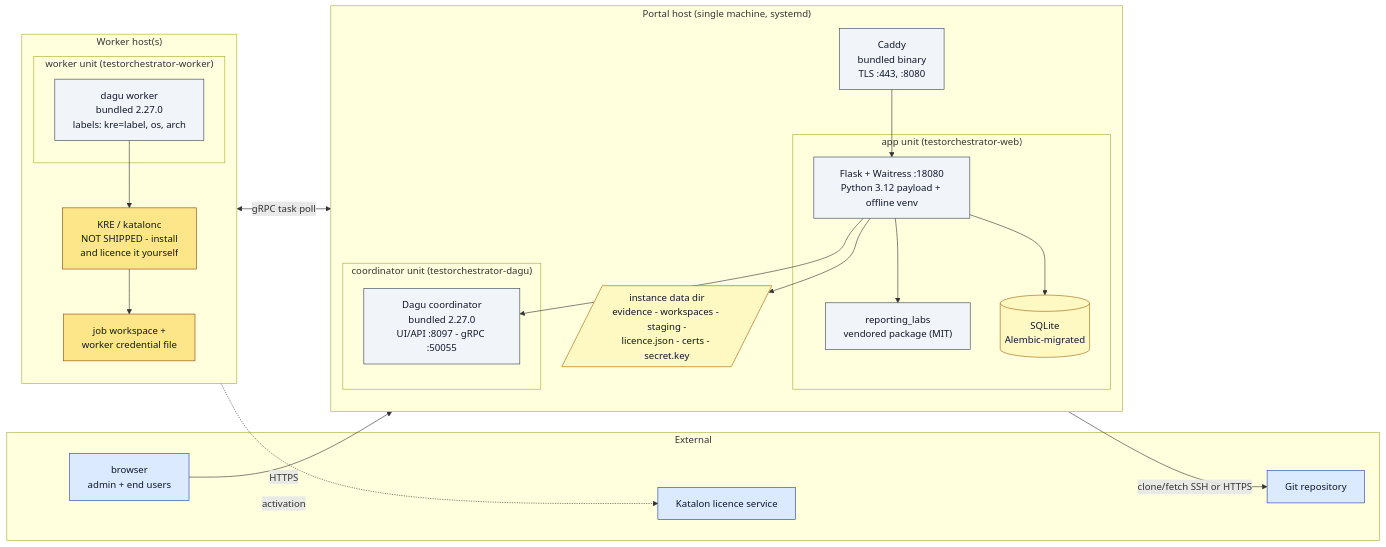
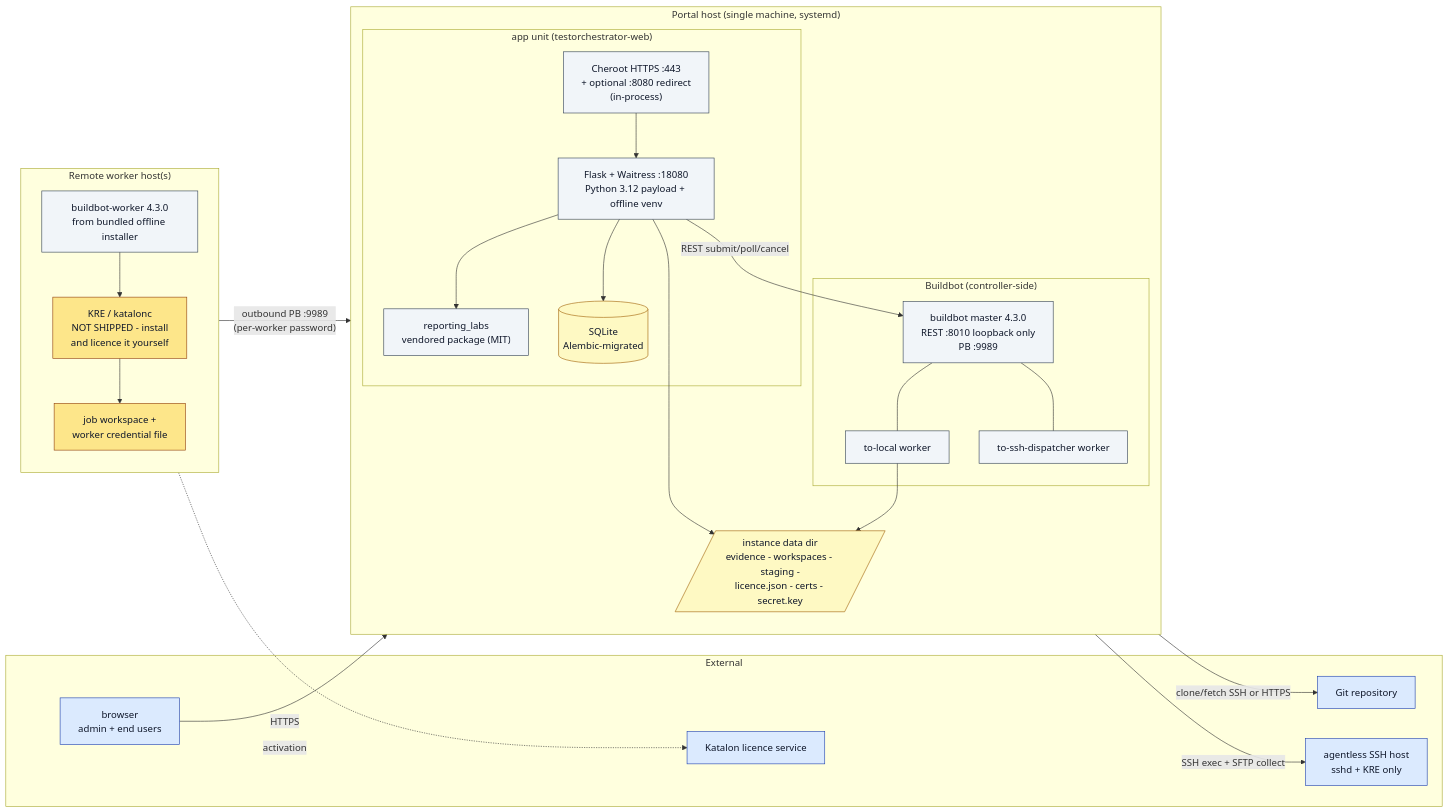
One commit to IT-Space-2026/TestOrchestrator changed the first of 2 diagrams in Manuals-Doc/Admin-Manual.md. Above: the diagram before and after it, drawn with Mermaid. The commit also changed other lines of this file and 2 other files, not shown here.

````diff
--- a/Manuals-Doc/Admin-Manual.md
+++ b/Manuals-Doc/Admin-Manual.md
@@ -100,52 +100,57 @@
 ```mermaid
 flowchart LR
     subgraph EXT["External"]
         BR["browser<br/>admin + end users"]
         GIT["Git repository"]
         KLS["Katalon licence service"]
+        SSHH["agentless SSH host<br/>sshd + KRE only"]
     end
 
     subgraph HOST["Portal host (single machine, systemd)"]
         direction TB
-        CDY["Caddy<br/>bundled binary<br/>TLS :443, :8080"]
         subgraph APPUNIT["app unit (testorchestrator-web)"]
+            CHR["Cheroot HTTPS :443<br/>+ optional :8080 redirect<br/>(in-process)"]
             APP["Flask + Waitress :18080<br/>Python 3.12 payload + offline venv"]
             RLAB["reporting_labs<br/>vendored package (MIT)"]
             DB[("SQLite<br/>Alembic-migrated")]
+            CHR --> APP
             APP --> RLAB
             APP --> DB
         end
-        subgraph DAGUNIT["coordinator unit (testorchestrator-dagu)"]
-            COORD["Dagu coordinator<br/>bundled 2.27.0<br/>UI/API :8097 - gRPC :50055"]
+        subgraph BB["Buildbot (controller-side)"]
+            BBM["buildbot master 4.3.0<br/>REST :8010 loopback only<br/>PB :9989"]
+            BBL["to-local worker"]
+            BBS["to-ssh-dispatcher worker"]
+            BBM --- BBL
+            BBM --- BBS
         end
         FS[/"instance data dir<br/>evidence - workspaces - staging -<br/>licence.json - certs - secret.key"/]
-        CDY --> APP
-        APP --> COORD
+        APP -->|REST submit/poll/cancel| BBM
         APP --> FS
+        BBL --> FS
     end
 
-    subgraph WH["Worker host(s)"]
+    subgraph WH["Remote worker host(s)"]
         direction TB
-        subgraph WUNIT["worker unit (testorchestrator-worker)"]
-            WKR["dagu worker<br/>bundled 2.27.0<br/>labels: kre=label, os, arch"]
-        end
+        WKR["buildbot-worker 4.3.0<br/>from bundled offline installer"]
         KRE["KRE / katalonc<br/>NOT SHIPPED - install<br/>and licence it yourself"]
         WWS["job workspace +<br/>worker credential file"]
         WKR --> KRE
         KRE --> WWS
     end
 
-    BR -->|HTTPS| CDY
-    WKR <-->|gRPC task poll| COORD
+    BR -->|HTTPS| CHR
+    WKR -->|"outbound PB :9989<br/>(per-worker password)"| BBM
+    BBS -->|"SSH exec + SFTP collect"| SSHH
     APP -->|clone/fetch SSH or HTTPS| GIT
     KRE -.->|activation| KLS
 
     classDef bundled fill:#f1f5f9,stroke:#334155,color:#0f172a
     classDef external fill:#dbeafe,stroke:#1e40af,color:#0f172a
     classDef own fill:#fde68a,stroke:#92400e,color:#0f172a
     classDef data fill:#fef9c3,stroke:#a16207,color:#0f172a
-    class CDY,APP,RLAB,COORD,WKR bundled
-    class BR,GIT,KLS external
+    class CHR,APP,RLAB,BBM,BBL,BBS,WKR bundled
+    class BR,GIT,KLS,SSHH external
     class KRE,WWS own
     class DB,FS data
 ```
````
